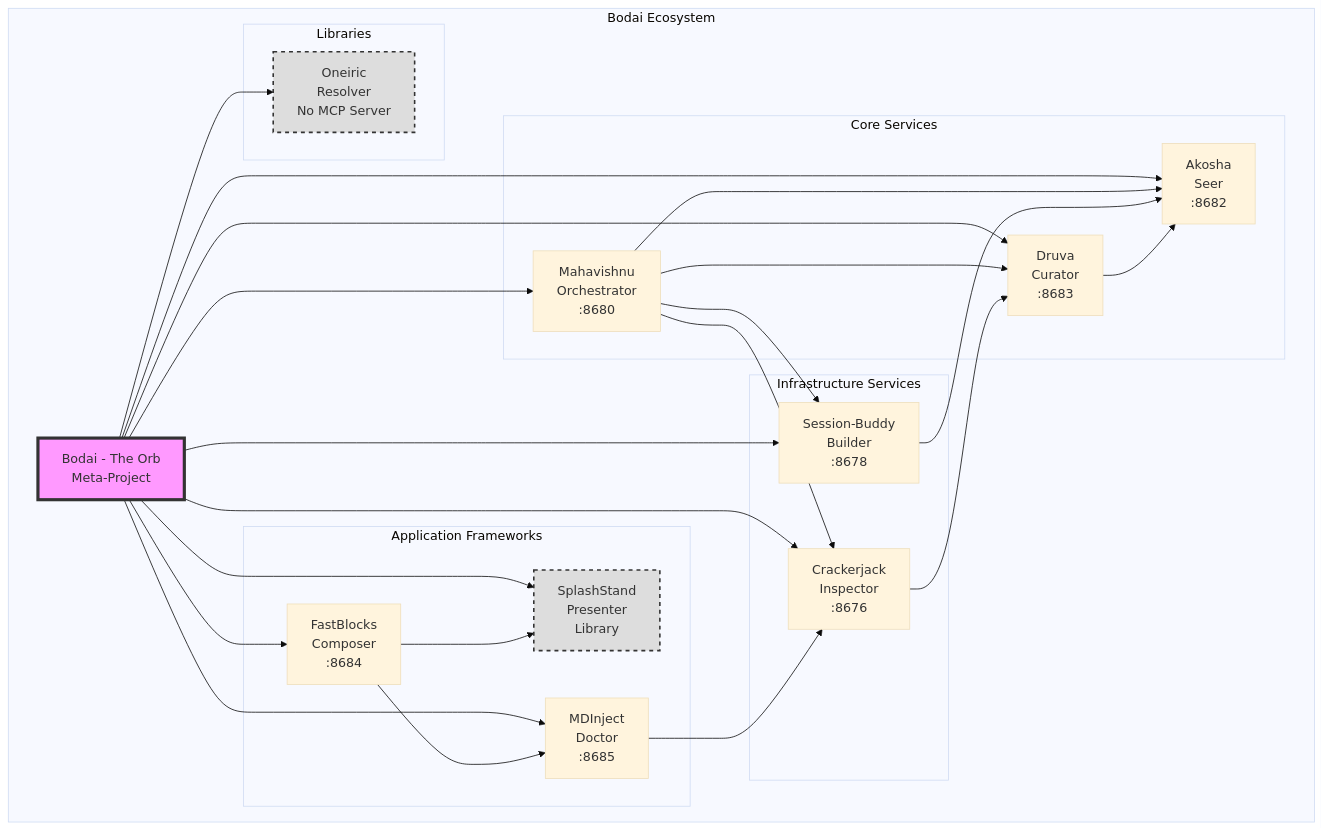
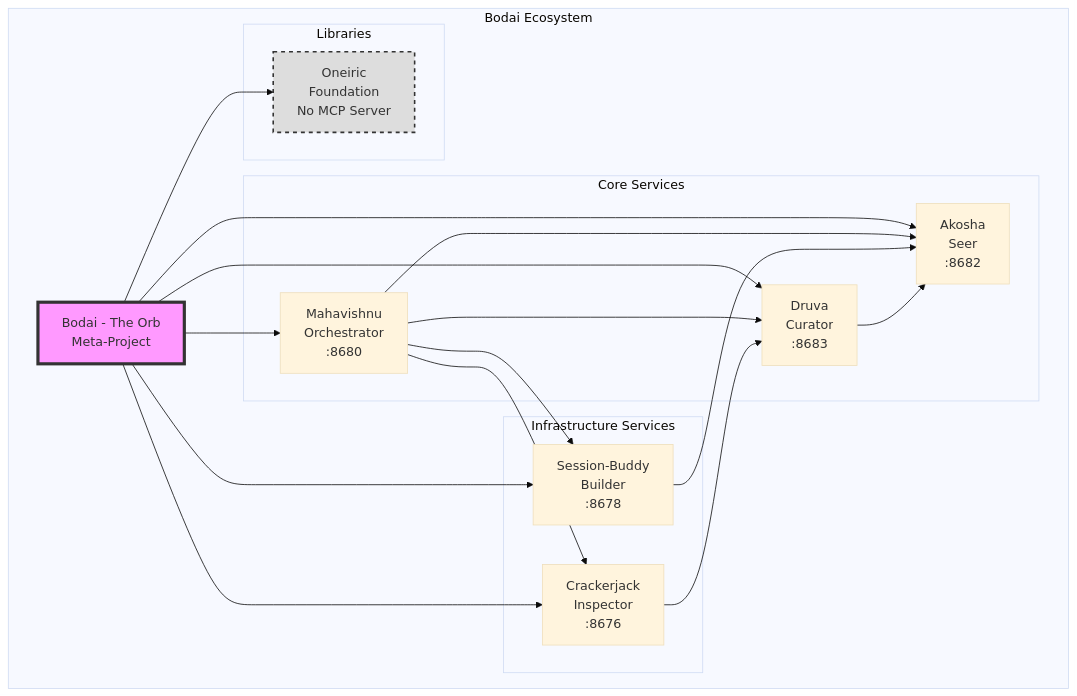
One commit to lesleslie/bodai changed the diagram in docs/architecture.md. Above: the diagram before and after it, drawn with Mermaid (base theme). The commit also changed other lines of this file and 4 other files, not shown here.

First line of the commit message:
chore: remove FastBlocks/SplashStand/MDInject from public configs and docs

````diff
--- a/docs/architecture.md
+++ b/docs/architecture.md
@@ -7,54 +7,40 @@
 ```mermaid
 graph TB
     subgraph "Bodai Ecosystem"
         BODAI[Bodai - The Orb<br/>Meta-Project]
 
         subgraph "Core Services"
             MAHA[Mahavishnu<br/>Orchestrator<br/>:8680]
             AKOS[Akosha<br/>Seer<br/>:8682]
             DHRU[Druva<br/>Curator<br/>:8683]
         end
 
         subgraph "Infrastructure Services"
             SESS[Session-Buddy<br/>Builder<br/>:8678]
             CRACK[Crackerjack<br/>Inspector<br/>:8676]
         end
 
-        subgraph "Application Frameworks"
-            FAST[FastBlocks<br/>Composer<br/>:8684]
-            SPLASH[SplashStand<br/>Presenter<br/>Library]
-            MDINJ[MDInject<br/>Doctor<br/>:8685]
-        end
-
         subgraph "Libraries"
-            ONEI[Oneiric<br/>Resolver<br/>No MCP Server]
+            ONEI[Oneiric<br/>Foundation<br/>No MCP Server]
         end
 
         BODAI --> MAHA
         BODAI --> AKOS
         BODAI --> DHRU
         BODAI --> SESS
         BODAI --> CRACK
-        BODAI --> FAST
-        BODAI --> SPLASH
-        BODAI --> MDINJ
         BODAI --> ONEI
 
         MAHA --> AKOS
         MAHA --> DHRU
         MAHA --> SESS
         MAHA --> CRACK
 
         SESS --> AKOS
         CRACK --> DHRU
         DHRU --> AKOS
-
-        FAST --> SPLASH
-        FAST --> MDINJ
-        MDINJ --> CRACK
     end
 
     style BODAI fill:#f9f,stroke:#333,stroke-width:4px
     style ONEI fill:#ddd,stroke:#333,stroke-width:2px,stroke-dasharray: 5 5
-    style SPLASH fill:#ddd,stroke:#333,stroke-width:2px,stroke-dasharray: 5 5
 ```
````
